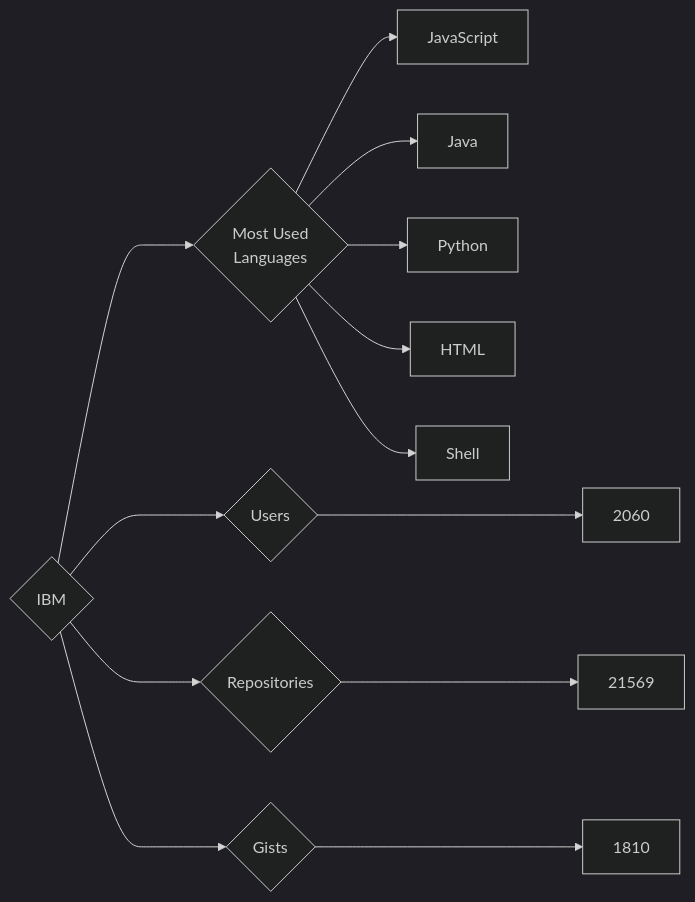
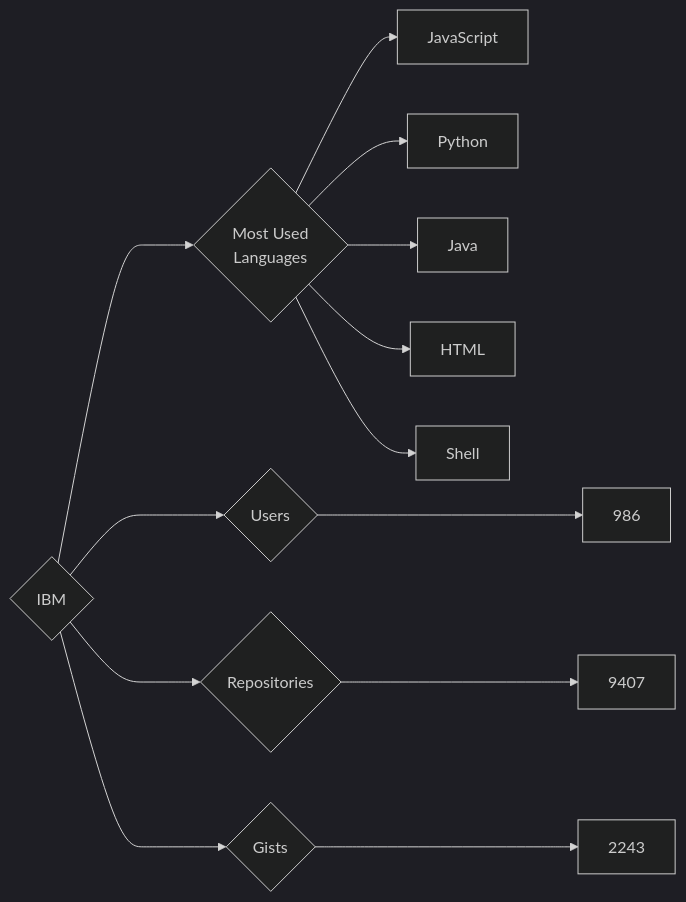
One commit to trickest/insiders changed the diagram in targets/IBM/README.md. Above: the diagram before and after it, drawn with Mermaid (dark theme). The commit also changed 927 other files, not shown here.

````diff
--- a/targets/IBM/README.md
+++ b/targets/IBM/README.md
@@ -3,13 +3,13 @@
 ```mermaid
 graph LR
 COMPANY_NAME{IBM}
-COMPANY_NAME ---> U{Users} ---> UN[2060]
-COMPANY_NAME ---> R{Repositories} ---> RN[21569]
-COMPANY_NAME ---> G{Gists} ---> GN[1810]
+COMPANY_NAME ---> U{Users} ---> UN[986]
+COMPANY_NAME ---> R{Repositories} ---> RN[9407]
+COMPANY_NAME ---> G{Gists} ---> GN[2243]
 COMPANY_NAME ---> ML{Most Used<br>Languages}
 ML --> JavaScript[JavaScript]
+ML --> Python[Python]
 ML --> Java[Java]
-ML --> Python[Python]
 ML --> HTML[HTML]
 ML --> Shell[Shell]
 ```
````
